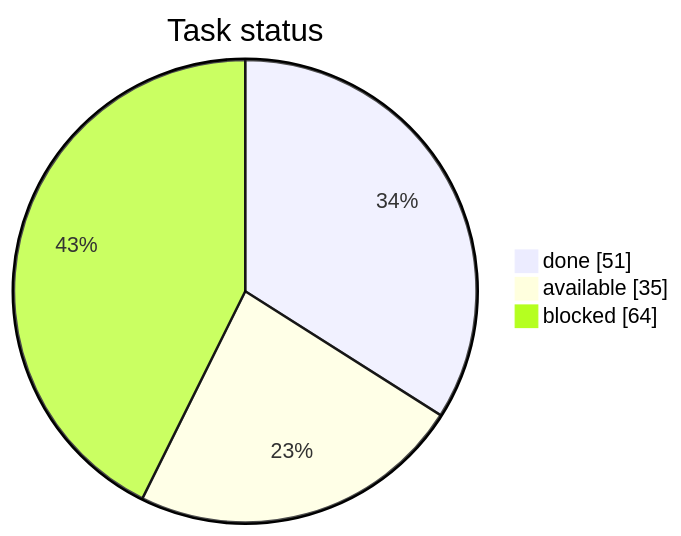
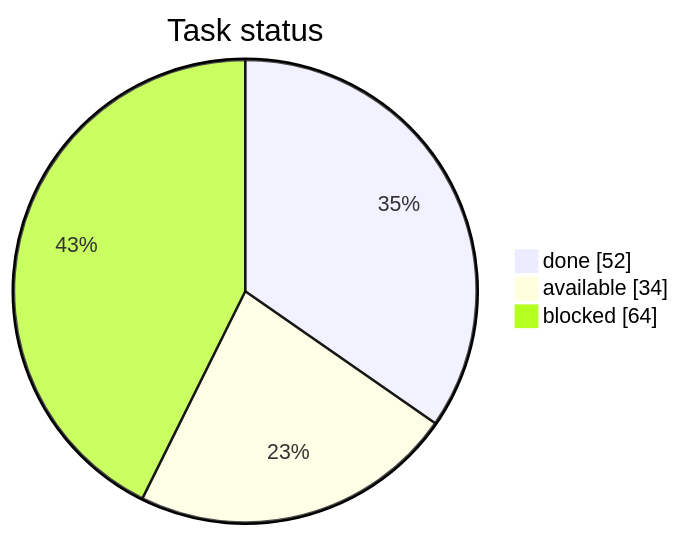
One commit to artemiiShabanov/RallyRivals changed the first of 3 diagrams in STATUS.md. Above: the diagram before and after it, drawn with Mermaid. The commit also changed other lines of this file and 12 other files, not shown here.

````diff
--- a/STATUS.md
+++ b/STATUS.md
@@ -7,7 +7,7 @@
 ```mermaid
 pie showData
     title Task status
-    "done" : 51
-    "available" : 35
+    "done" : 52
+    "available" : 34
     "blocked" : 64
 ```
````
